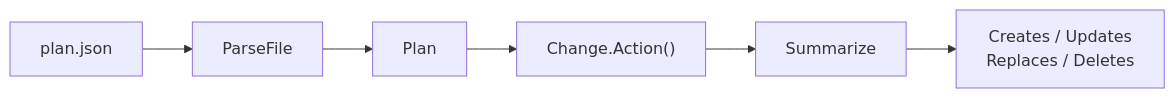
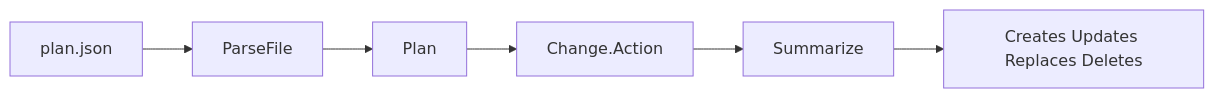
One commit to SamyBaouche/iac-sentinel changed the fourth of 7 diagrams in README.md. Above: the diagram before and after it, drawn with Mermaid. The commit also changed other lines of this file, not shown here.

````diff
--- a/README.md
+++ b/README.md
@@ -193,8 +144,8 @@
 ```mermaid
 flowchart LR
-  J["plan.json"] --> PARSE["ParseFile"]
-  PARSE --> PLAN["Plan"]
-  PLAN --> ACT["Change.Action()"]
-  ACT --> S["Summarize"]
-  S --> OUT["Creates / Updates<br/>Replaces / Deletes"]
+  J[plan.json] --> PARSE[ParseFile]
+  PARSE --> PLAN[Plan]
+  PLAN --> ACT[Change.Action]
+  ACT --> S[Summarize]
+  S --> OUT[Creates Updates Replaces Deletes]
 ```
````
